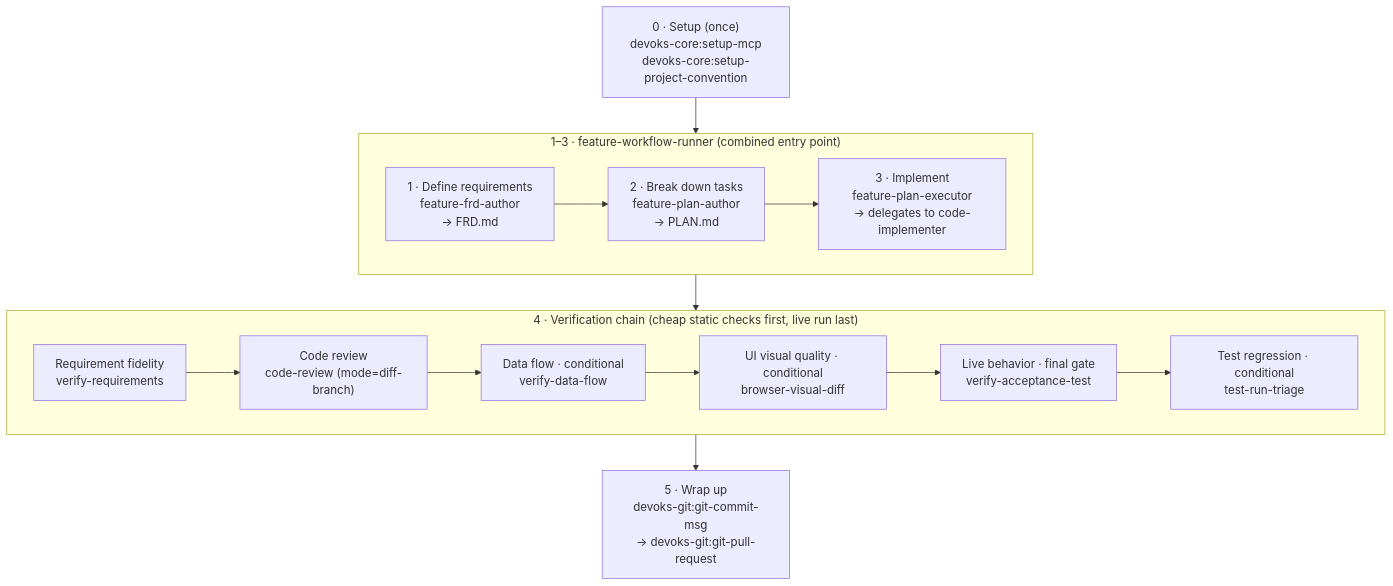
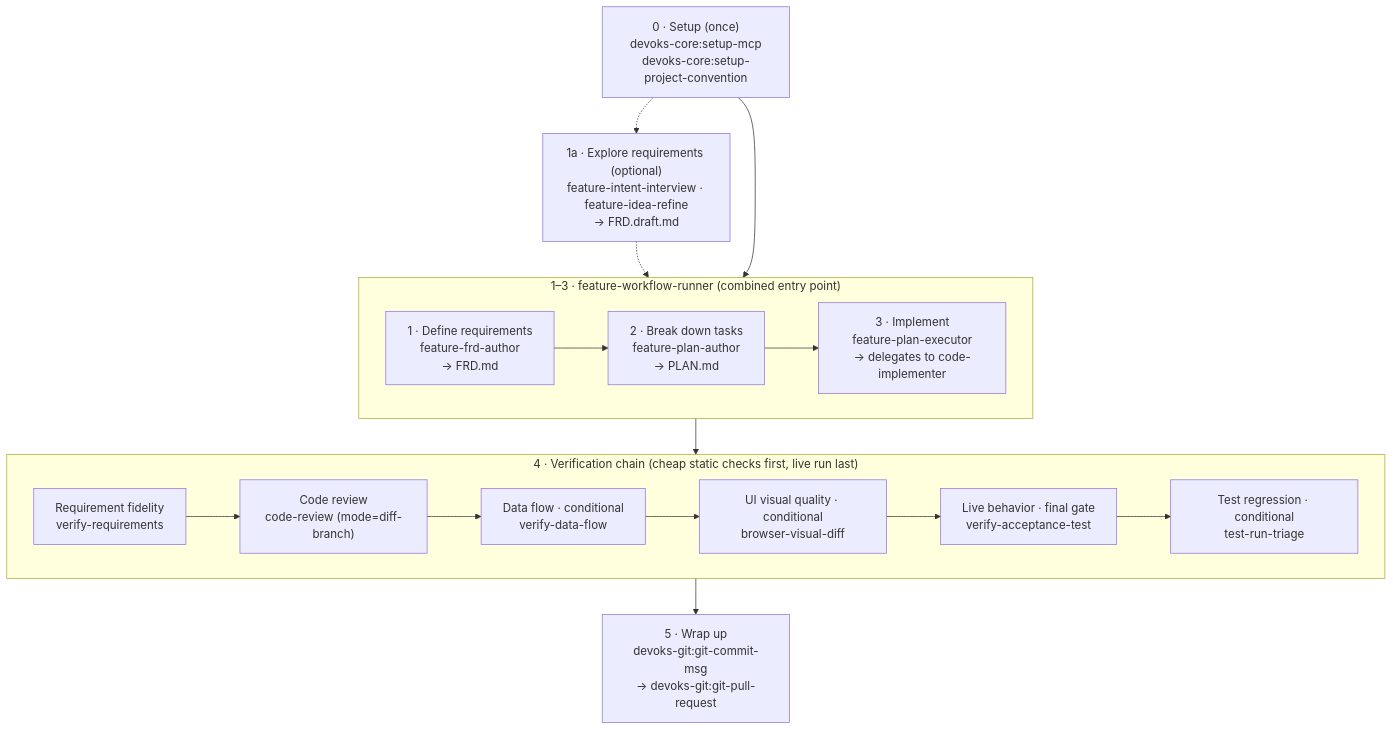
The diagram in README.md (ridsync/devoks-team-harness), drawn with Mermaid before and after one commit. The commit also changed other lines of this file and 16 other files, not shown here.

First line of the commit message:
feat(devoks-sdlc): Define 앞단 스킬 feature-intent-interview·feature-idea-refine 신설 + FRD §1 확장·§10

````diff
--- a/README.md
+++ b/README.md
@@ -108,29 +108,33 @@
 ```mermaid
 flowchart TD
     S["0 · Setup (once)<br/>devoks-core:setup-mcp<br/>devoks-core:setup-project-convention"]
+
+    D["1a · Explore requirements (optional)<br/>feature-intent-interview · feature-idea-refine<br/>→ FRD.draft.md"]
 
     subgraph BUILD["1–3 · feature-workflow-runner (combined entry point)"]
         direction LR
         F["1 · Define requirements<br/>feature-frd-author<br/>→ FRD.md"]
         P["2 · Break down tasks<br/>feature-plan-author<br/>→ PLAN.md"]
         I["3 · Implement<br/>feature-plan-executor<br/>→ delegates to code-implementer"]
         F --> P --> I
     end
 
     subgraph VERIFY["4 · Verification chain (cheap static checks first, live run last)"]
         direction LR
         V1["Requirement fidelity<br/>verify-requirements"]
         V2["Code review<br/>code-review (mode=diff-branch)"]
         V3["Data flow · conditional<br/>verify-data-flow"]
         V4["UI visual quality · conditional<br/>browser-visual-diff"]
         V5["Live behavior · final gate<br/>verify-acceptance-test"]
         V6["Test regression · conditional<br/>test-run-triage"]
         V1 --> V2 --> V3 --> V4 --> V5 --> V6
     end
 
     C["5 · Wrap up<br/>devoks-git:git-commit-msg<br/>→ devoks-git:git-pull-request"]
 
     S --> BUILD
+    S -.-> D
+    D -.-> F
     BUILD --> VERIFY
     VERIFY --> C
 ```
````
